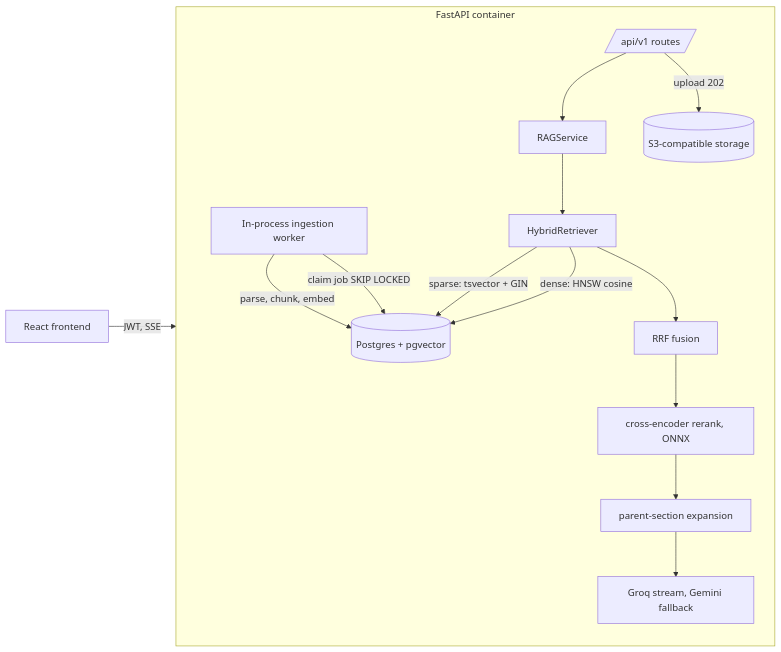
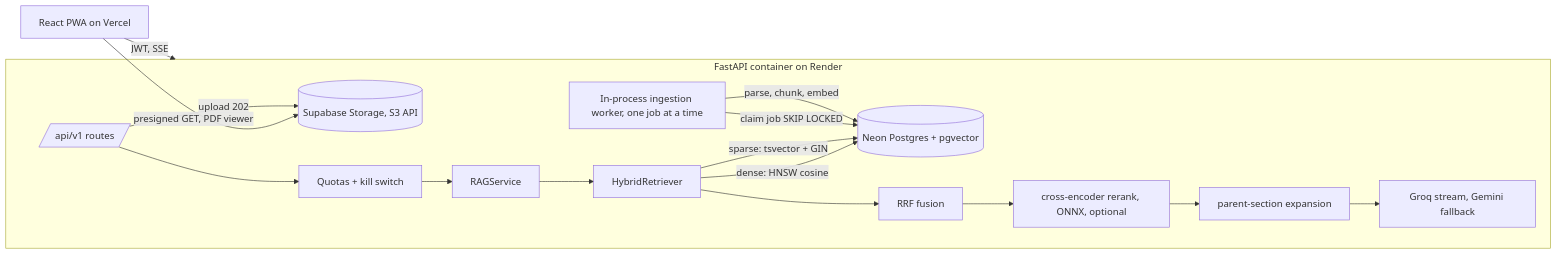
The diagram in README.md (Mukassir-Ahmed-Farooqui/open-doc), drawn with Mermaid before and after one commit. The commit also changed other lines of this file and 3 other files, not shown here.

Commit message:
docs: README and deploy docs match the live architecture and beta limits

````diff
--- a/README.md
+++ b/README.md
@@ -31,19 +40,21 @@
 ```mermaid
 graph LR
-    UI[React frontend] -->|JWT, SSE| API
+    UI[React PWA on Vercel] -->|JWT, SSE| API
+    UI -->|presigned GET, PDF viewer| S3
 
-    subgraph API[FastAPI container]
-        R[/api/v1 routes/] --> RAG[RAGService]
+    subgraph API[FastAPI container on Render]
+        R[/api/v1 routes/] --> Q[Quotas + kill switch]
+        Q --> RAG[RAGService]
         RAG --> HR[HybridRetriever]
         HR -->|dense: HNSW cosine| PG
         HR -->|sparse: tsvector + GIN| PG
-        HR --> RRF[RRF fusion] --> RR[cross-encoder rerank, ONNX]
+        HR --> RRF[RRF fusion] --> RR[cross-encoder rerank, ONNX, optional]
         RR --> EXP[parent-section expansion] --> LLM[Groq stream, Gemini fallback]
         R -->|upload 202| S3
-        W[In-process ingestion worker] -->|claim job SKIP LOCKED| PG
+        W[In-process ingestion worker, one job at a time] -->|claim job SKIP LOCKED| PG
         W -->|parse, chunk, embed| PG
     end
 
-    PG[(Postgres + pgvector)]
-    S3[(S3-compatible storage)]
+    PG[(Neon Postgres + pgvector)]
+    S3[(Supabase Storage, S3 API)]
 ```
````
